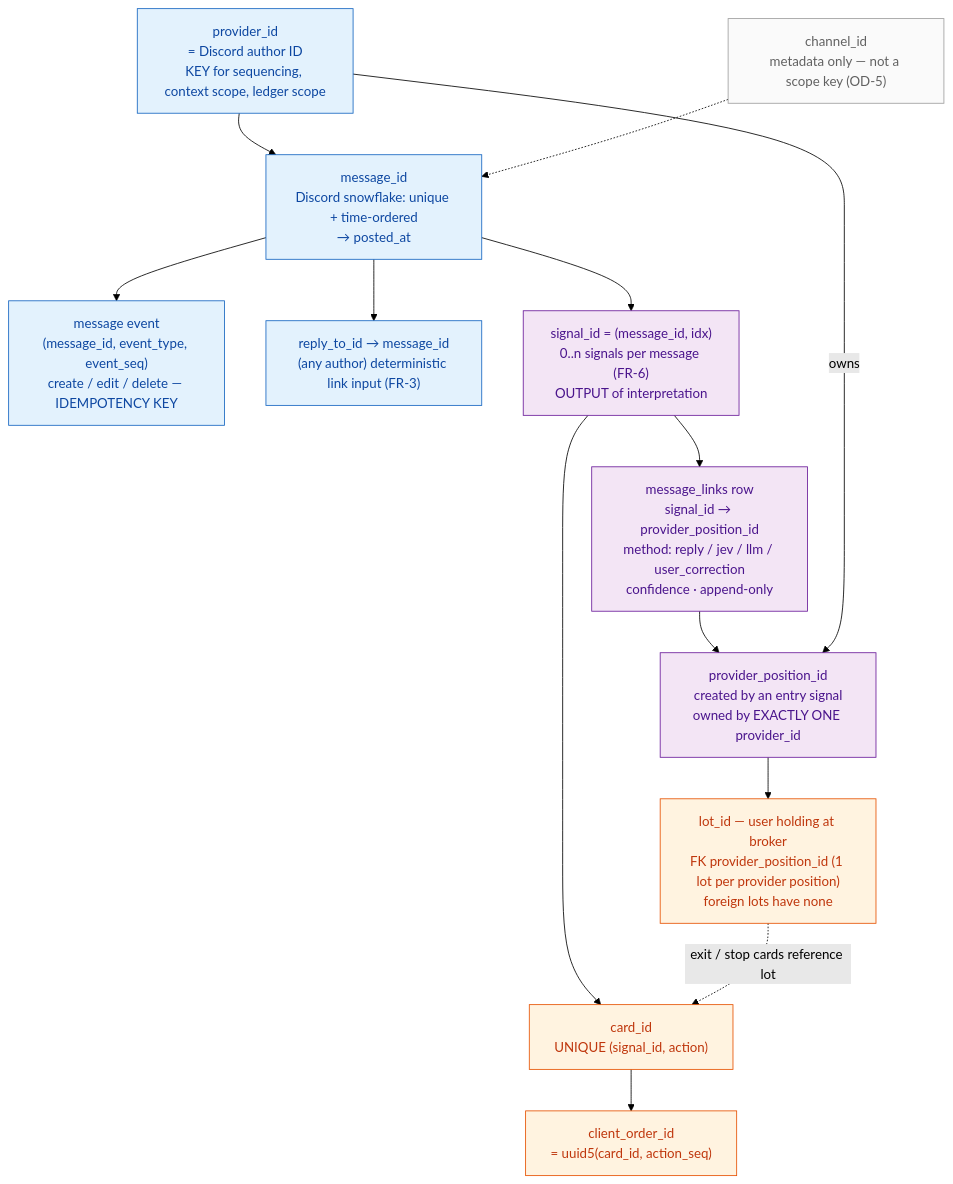
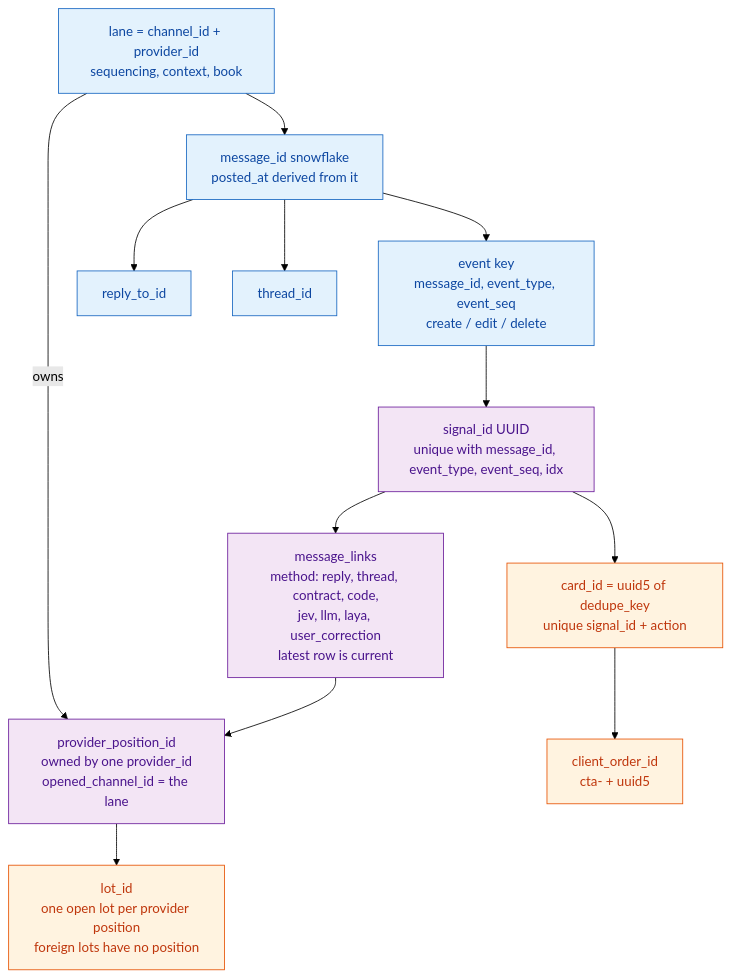
The second of 3 diagrams in docs/diagrams/04-context-correlation.md (idolrun/trading-agent), drawn with Mermaid (forest theme) before and after one commit. The commit also changed other lines of this file and 131 other files, not shown here.

First line of the commit message:
docs: update architecture and data flow diagrams for clarity and consistency

````diff
--- a/docs/diagrams/04-context-correlation.md
+++ b/docs/diagrams/04-context-correlation.md
@@ -63,31 +67,26 @@
 ```mermaid
 flowchart TB
     classDef key fill:#e3f2fd,stroke:#1565c0,color:#0d47a1
     classDef out fill:#f3e5f5,stroke:#6a1b9a,color:#4a148c
     classDef user fill:#fff3e0,stroke:#e65100,color:#bf360c
-    classDef meta fill:#fafafa,stroke:#9e9e9e,color:#616161
 
-    PID["provider_id<br/>= Discord author ID<br/>KEY for sequencing, context scope, ledger scope"]:::key
-    CH["channel_id<br/>metadata only — not a scope key (OD-5)"]:::meta
-    MID["message_id<br/>Discord snowflake: unique + time-ordered<br/>→ posted_at"]:::key
-    EV["message event<br/>(message_id, event_type, event_seq)<br/>create / edit / delete — IDEMPOTENCY KEY"]:::key
-    RTO["reply_to_id → message_id<br/>(any author) deterministic link input (FR-3)"]:::key
-    SID["signal_id = (message_id, idx)<br/>0..n signals per message (FR-6)<br/>OUTPUT of interpretation"]:::out
-    LNK["message_links row<br/>signal_id → provider_position_id<br/>method: reply / jev / llm / user_correction<br/>confidence · append-only"]:::out
-    PPID["provider_position_id<br/>created by an entry signal<br/>owned by EXACTLY ONE provider_id"]:::out
-    LOT["lot_id — user holding at broker<br/>FK provider_position_id (1 lot per provider position)<br/>foreign lots have none"]:::user
-    CARD["card_id<br/>UNIQUE (signal_id, action)"]:::user
-    COID["client_order_id<br/>= uuid5(card_id, action_seq)"]:::user
+    LANE["lane = channel_id + provider_id<br/>sequencing, context, book"]:::key
+    MID["message_id snowflake<br/>posted_at derived from it"]:::key
+    EV["event key<br/>message_id, event_type, event_seq<br/>create / edit / delete"]:::key
+    RTO["reply_to_id"]:::key
+    TH["thread_id"]:::key
+    SID["signal_id UUID<br/>unique with message_id, event_type, event_seq, idx"]:::out
+    LNK["message_links<br/>method: reply, thread, contract, code,<br/>jev, llm, laya, user_correction<br/>latest row is current"]:::out
+    PPID["provider_position_id<br/>owned by one provider_id<br/>opened_channel_id = the lane"]:::out
+    LOT["lot_id<br/>one open lot per provider position<br/>foreign lots have no position"]:::user
+    CARD["card_id = uuid5 of dedupe_key<br/>unique signal_id + action"]:::user
+    COID["client_order_id<br/>cta- + uuid5"]:::user
 
-    PID --> MID
-    CH -.-> MID
-    MID --> EV
+    LANE --> MID --> EV
     MID --> RTO
-    MID --> SID
-    SID --> LNK --> PPID
-    PID -->|"owns"| PPID
+    MID --> TH
+    EV --> SID --> LNK --> PPID
+    LANE -->|"owns"| PPID
     PPID --> LOT
-    SID --> CARD
-    CARD --> COID
-    LOT -.->|"exit / stop cards reference lot"| CARD
+    SID --> CARD --> COID
 ```
````
